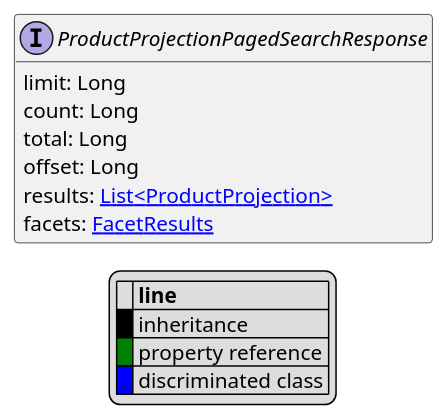
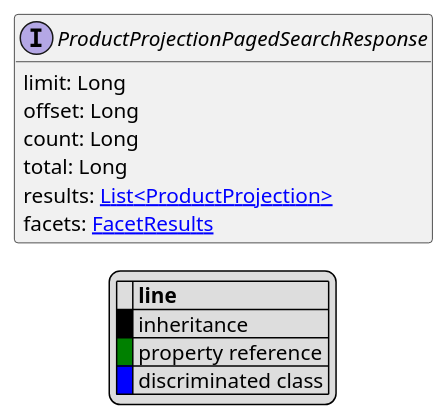
Before and after one commit to commercetools/commercetools-api-reference: the diagram in uml/api/ProductProjectionPagedSearchResponse.puml, drawn with PlantUML. The commit also changed other lines of this file and 16 other files, not shown here.

```diff
--- a/uml/api/ProductProjectionPagedSearchResponse.puml
+++ b/uml/api/ProductProjectionPagedSearchResponse.puml
@@ -1,25 +1,25 @@
 @startuml
 
 hide empty fields
 hide empty methods
 legend
 |= |= line |
 |<back:black>   </back>| inheritance |
 |<back:green>   </back>| property reference |
 |<back:blue>   </back>| discriminated class |
 endlegend
 interface ProductProjectionPagedSearchResponse [[ProductProjectionPagedSearchResponse.svg]]  {
     limit: Long
+    offset: Long
     count: Long
     total: Long
-    offset: Long
     results: [[ProductProjection.svg List<ProductProjection>]]
     facets: [[FacetResults.svg FacetResults]]
 }
 
 
 
 
 
 
 @enduml
```
